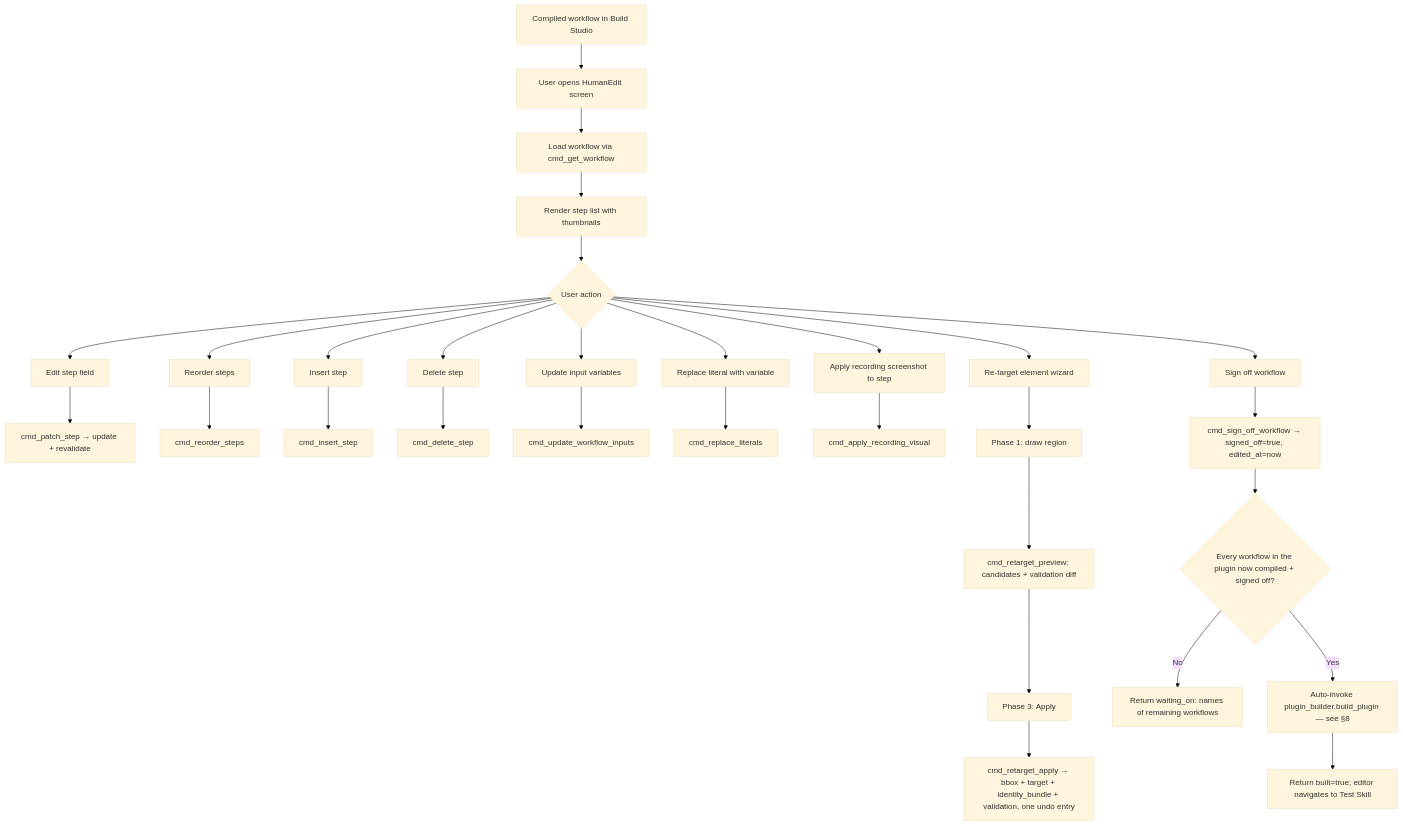
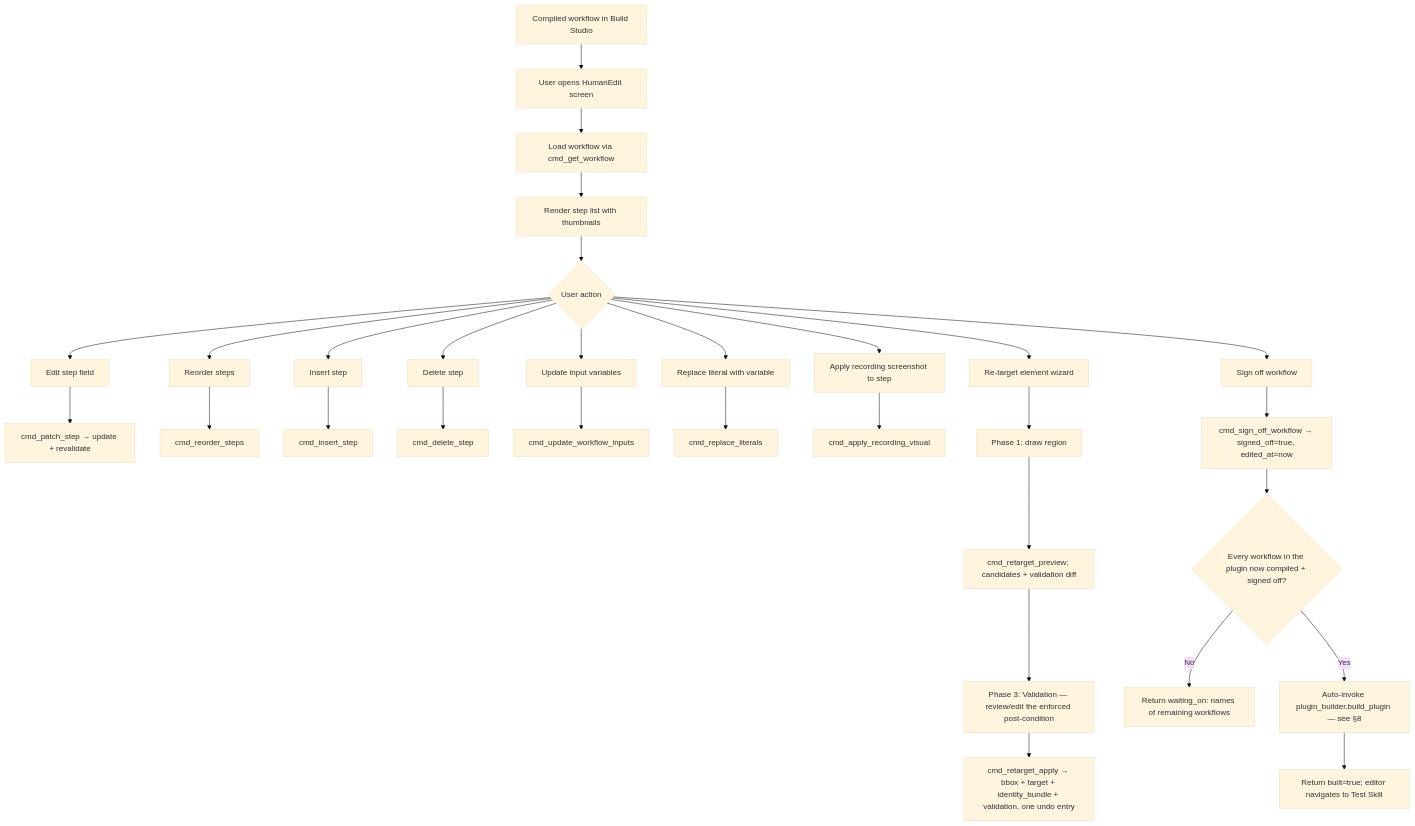
One commit to Cannonbold2412/CONXA changed the seventh of 17 diagrams in docs/App-Flow.md. Above: the diagram before and after it, drawn with Mermaid (base theme). The commit also changed other lines of this file and 6 other files, not shown here.

````diff
--- a/docs/App-Flow.md
+++ b/docs/App-Flow.md
@@ -206,19 +206,19 @@
 ```mermaid
 flowchart TD
     A[Compiled workflow in Build Studio] --> B[User opens HumanEdit screen]
     B --> C[Load workflow via cmd_get_workflow]
     C --> D[Render step list with thumbnails]
     D --> E{User action}
     E --> F[Edit step field] --> G[cmd_patch_step → update + revalidate]
     E --> H[Reorder steps] --> I[cmd_reorder_steps]
     E --> J[Insert step] --> K[cmd_insert_step]
     E --> L[Delete step] --> M[cmd_delete_step]
     E --> N[Update input variables] --> O[cmd_update_workflow_inputs]
     E --> P[Replace literal with variable] --> Q[cmd_replace_literals]
     E --> R[Apply recording screenshot to step] --> S[cmd_apply_recording_visual]
-    E --> T[Re-target element wizard] --> T1[Phase 1: draw region] --> T2[cmd_retarget_preview: candidates + validation diff] --> T3[Phase 3: Apply] --> T4[cmd_retarget_apply → bbox + target + identity_bundle + validation, one undo entry]
+    E --> T[Re-target element wizard] --> T1[Phase 1: draw region] --> T2[cmd_retarget_preview: candidates + validation diff] --> T3[Phase 3: Validation — review/edit the enforced post-condition] --> T4[cmd_retarget_apply → bbox + target + identity_bundle + validation, one undo entry]
     E --> V[Sign off workflow] --> W[cmd_sign_off_workflow → signed_off=true, edited_at=now]
     W --> X{Every workflow in the plugin now compiled + signed off?}
     X -->|No| Y[Return waiting_on: names of remaining workflows]
     X -->|Yes| Z[Auto-invoke plugin_builder.build_plugin — see §8] --> AA[Return built=true; editor navigates to Test Skill]
 ```
````
